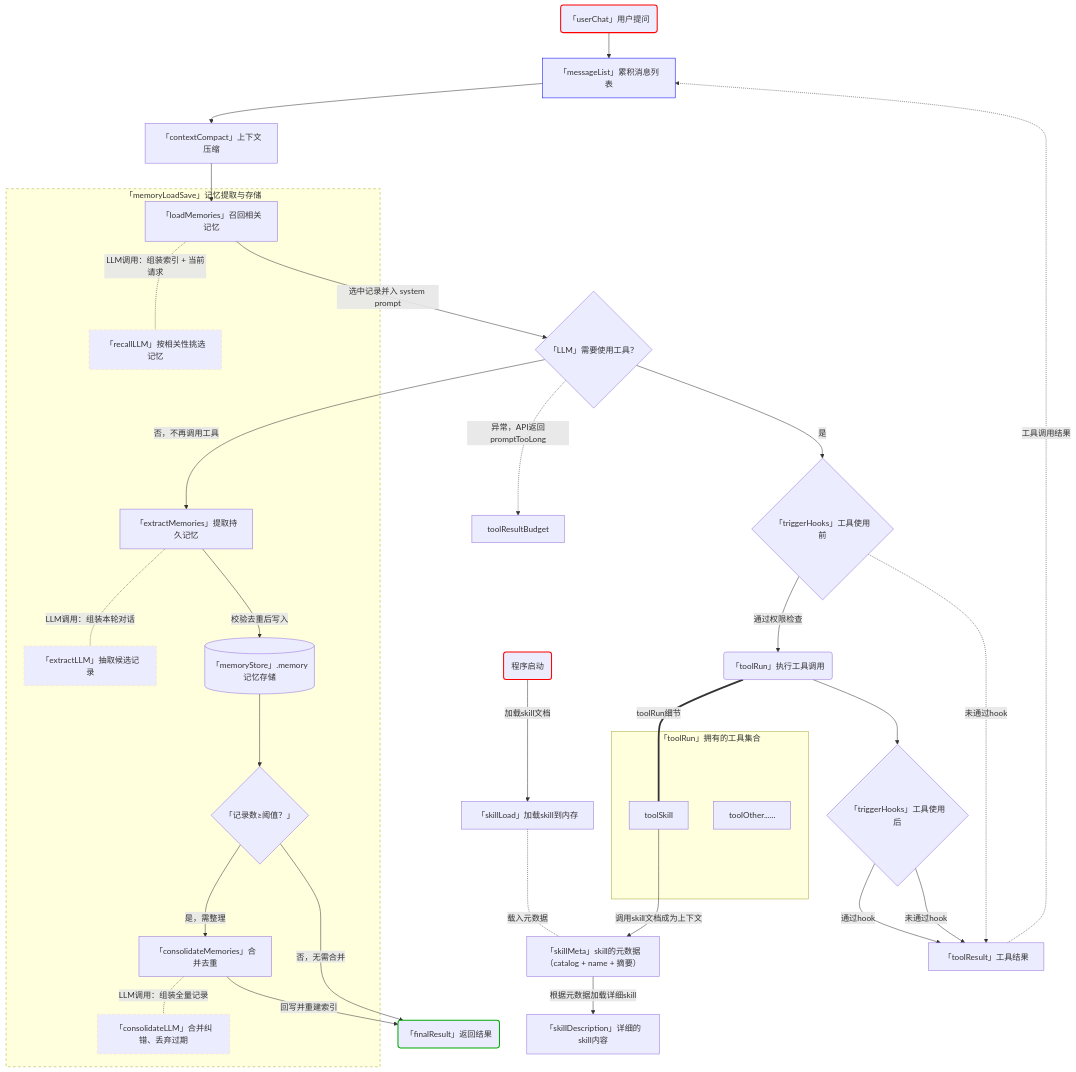
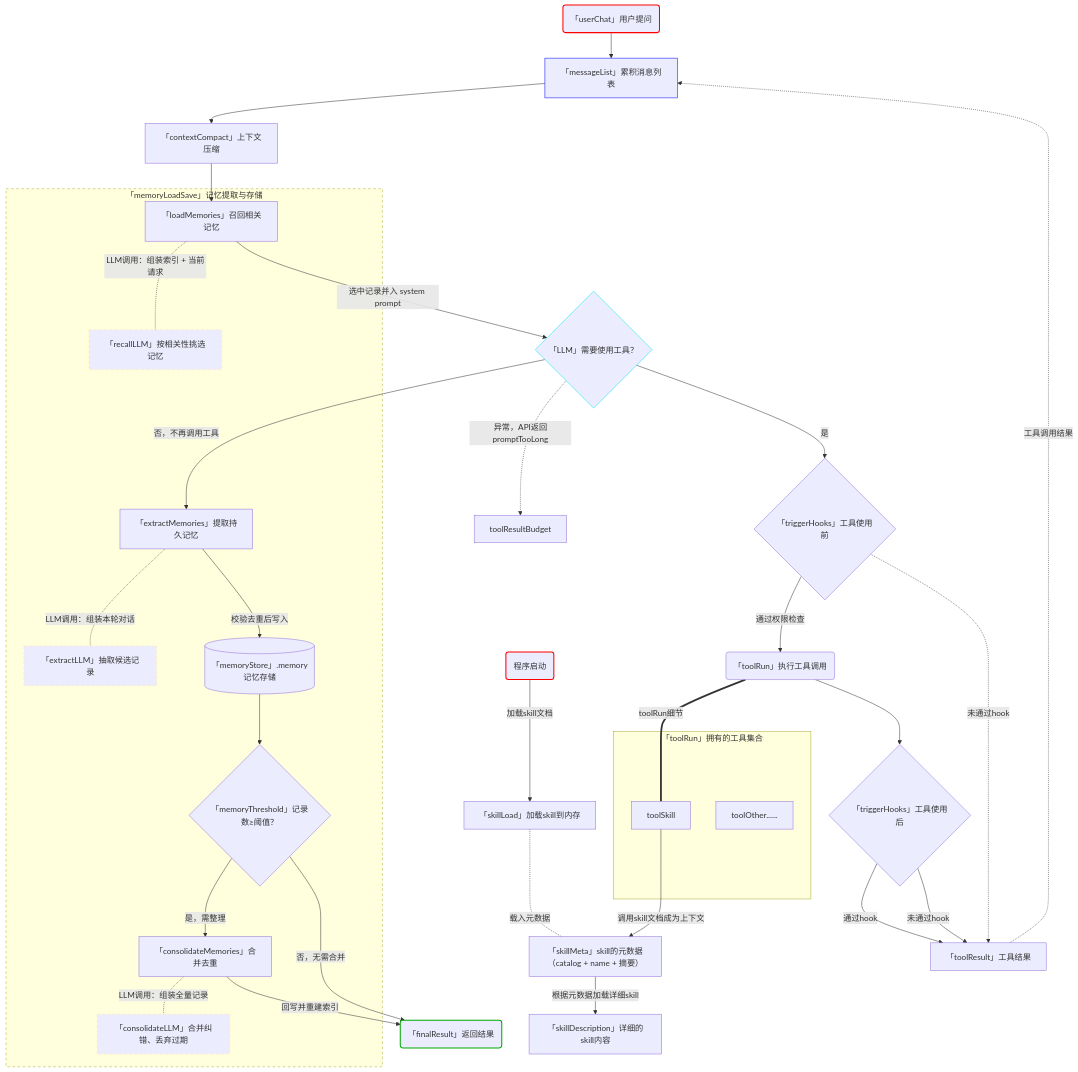
The diagram in 2026/20260904-learnClaudeCode_009_memory.md (zjinc36/zjinc36.github.io), drawn with Mermaid before and after one commit.

````diff
--- a/2026/20260904-learnClaudeCode_009_memory.md
+++ b/2026/20260904-learnClaudeCode_009_memory.md
@@ -68,7 +68,7 @@
         extractLLM@{shape: rect, label: "「extractLLM」抽取候选记录"}
         consolidateMemories@{shape: rect, label: "「consolidateMemories」合并去重"}
         consolidateLLM@{shape: rect, label: "「consolidateLLM」合并纠错、丢弃过期"}
-        memoryThreshold@{shape: diamond, label: "「记录数≥阈值？」"}
+        memoryThreshold@{shape: diamond, label: "「memoryThreshold」记录数≥阈值？"}
     end
 
 
@@ -106,14 +106,17 @@
     messageList:::blueStrokeColor
     memoryLoadSave:::dashedNode
 
-    recallLLM:::grayStrokeColor
-    extractLLM:::grayStrokeColor
-    consolidateLLM:::grayStrokeColor
+    LLM:::turquoise2Color
+
+    recallLLM:::navajoWhiteColor
+    extractLLM:::navajoWhiteColor
+    consolidateLLM:::navajoWhiteColor
     recallLLM:::dashedNode
     extractLLM:::dashedNode
     consolidateLLM:::dashedNode
 
     classDef dashedNode stroke-dasharray: 5 5
     classDef blueStrokeColor stroke:#0000ff
-    classDef grayStrokeColor stroke:#FFDEAD
+    classDef navajoWhiteColor stroke:#ffdead
+    classDef turquoise2Color stroke:#00E5EE
 ```
````
